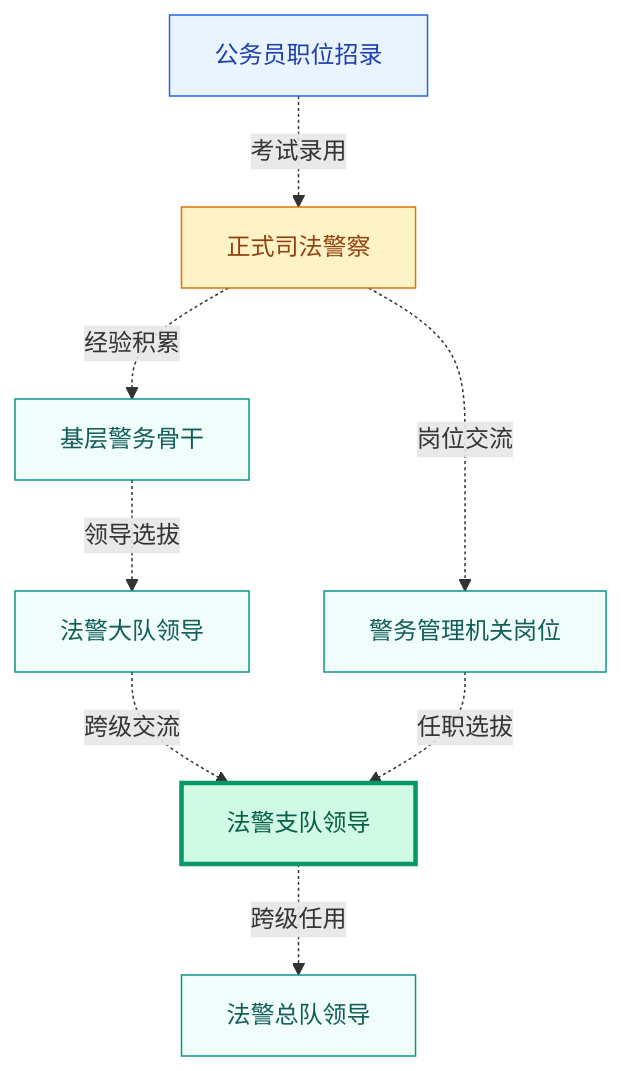
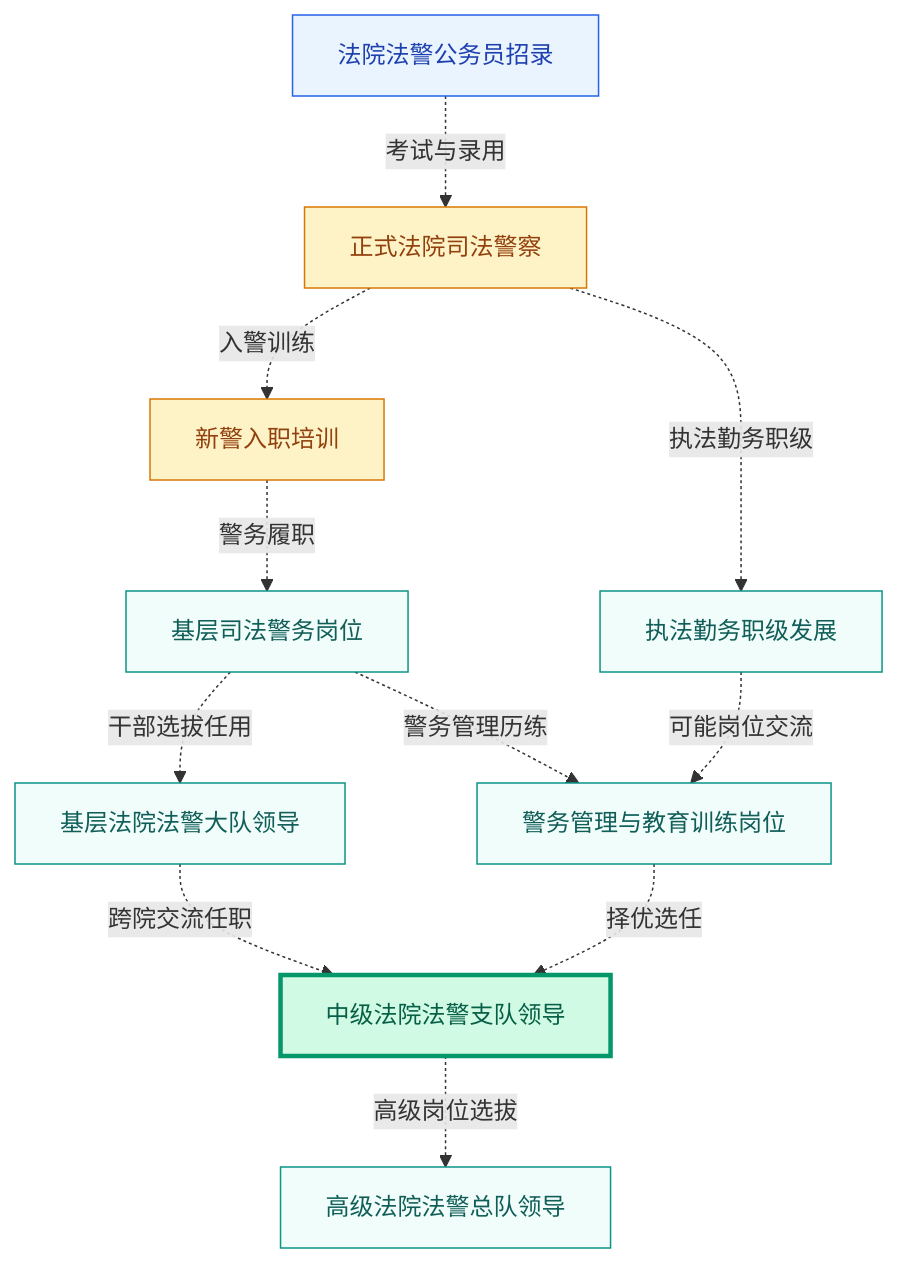
One commit to 1998x-stack/job-route changed the diagram in data/judicial/court-judicial-police/route.mmd. Above: the diagram before and after it, drawn with Mermaid. The commit also changed 3 other files, not shown here.

```diff
--- a/data/judicial/court-judicial-police/route.mmd
+++ b/data/judicial/court-judicial-police/route.mmd
@@ -1,27 +1,34 @@
 flowchart TB
     %% 成为法院司法警察领导干部 — 2026-11-11
-    n_exam["公务员职位招录"]
-    n_police["正式司法警察"]
-    n_veteran["基层警务骨干"]
-    n_battalion["法警大队领导"]
-    n_staff["警务管理机关岗位"]
-    n_detachment["法警支队领导"]
-    n_corps["法警总队领导"]
-    n_exam -.->|"考试录用"| n_police
-    n_police -.->|"经验积累"| n_veteran
-    n_veteran -.->|"领导选拔"| n_battalion
-    n_battalion -.->|"跨级交流"| n_detachment
-    n_detachment -.->|"跨级任用"| n_corps
-    n_police -.->|"岗位交流"| n_staff
-    n_staff -.->|"任职选拔"| n_detachment
+    n_exam["法院法警公务员招录"]
+    n_police["正式法院司法警察"]
+    n_training["新警入职培训"]
+    n_frontline["基层司法警务岗位"]
+    n_grade["执法勤务职级发展"]
+    n_battalion["基层法院法警大队领导"]
+    n_staff["警务管理与教育训练岗位"]
+    n_detachment["中级法院法警支队领导"]
+    n_corps["高级法院法警总队领导"]
+    n_exam -.->|"考试与录用"| n_police
+    n_police -.->|"入警训练"| n_training
+    n_training -.->|"警务履职"| n_frontline
+    n_frontline -.->|"干部选拔任用"| n_battalion
+    n_battalion -.->|"跨院交流任职"| n_detachment
+    n_detachment -.->|"高级岗位选拔"| n_corps
+    n_police -.->|"执法勤务职级"| n_grade
+    n_grade -.->|"可能岗位交流"| n_staff
+    n_staff -.->|"择优选任"| n_detachment
+    n_frontline -.->|"警务管理历练"| n_staff
     classDef entry fill:#eaf4ff,stroke:#2563eb,color:#1e40af
     classDef role fill:#f0fdfa,stroke:#0d9488,color:#115e59
     classDef target fill:#d1fae5,stroke:#059669,color:#065f46,stroke-width:3px
     classDef milestone fill:#fef3c7,stroke:#d97706,color:#92400e
     class n_exam entry
     class n_police milestone
-    class n_veteran role
+    class n_training milestone
+    class n_frontline role
+    class n_grade role
     class n_battalion role
     class n_staff role
     class n_detachment target
     class n_corps role
```
